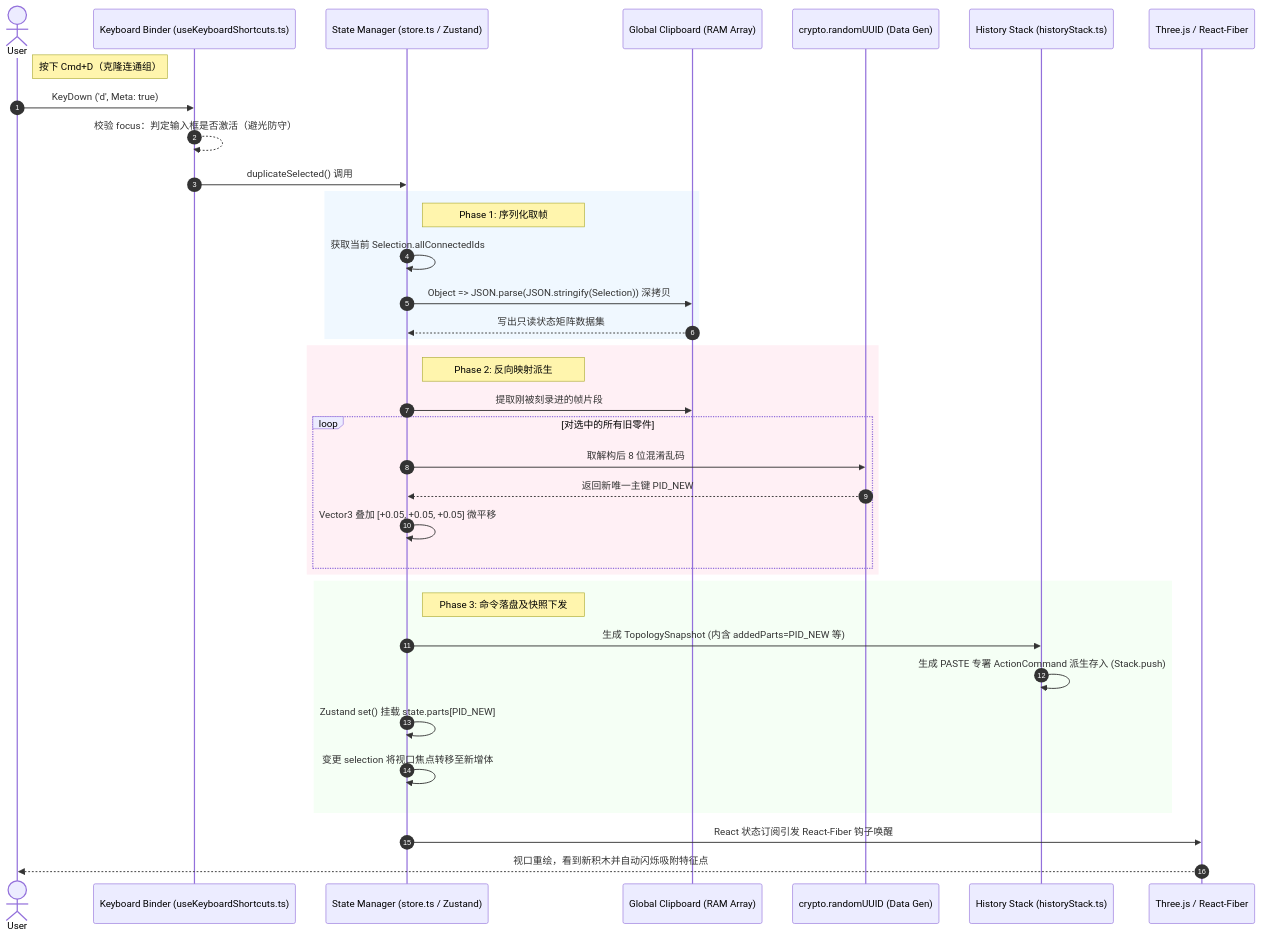
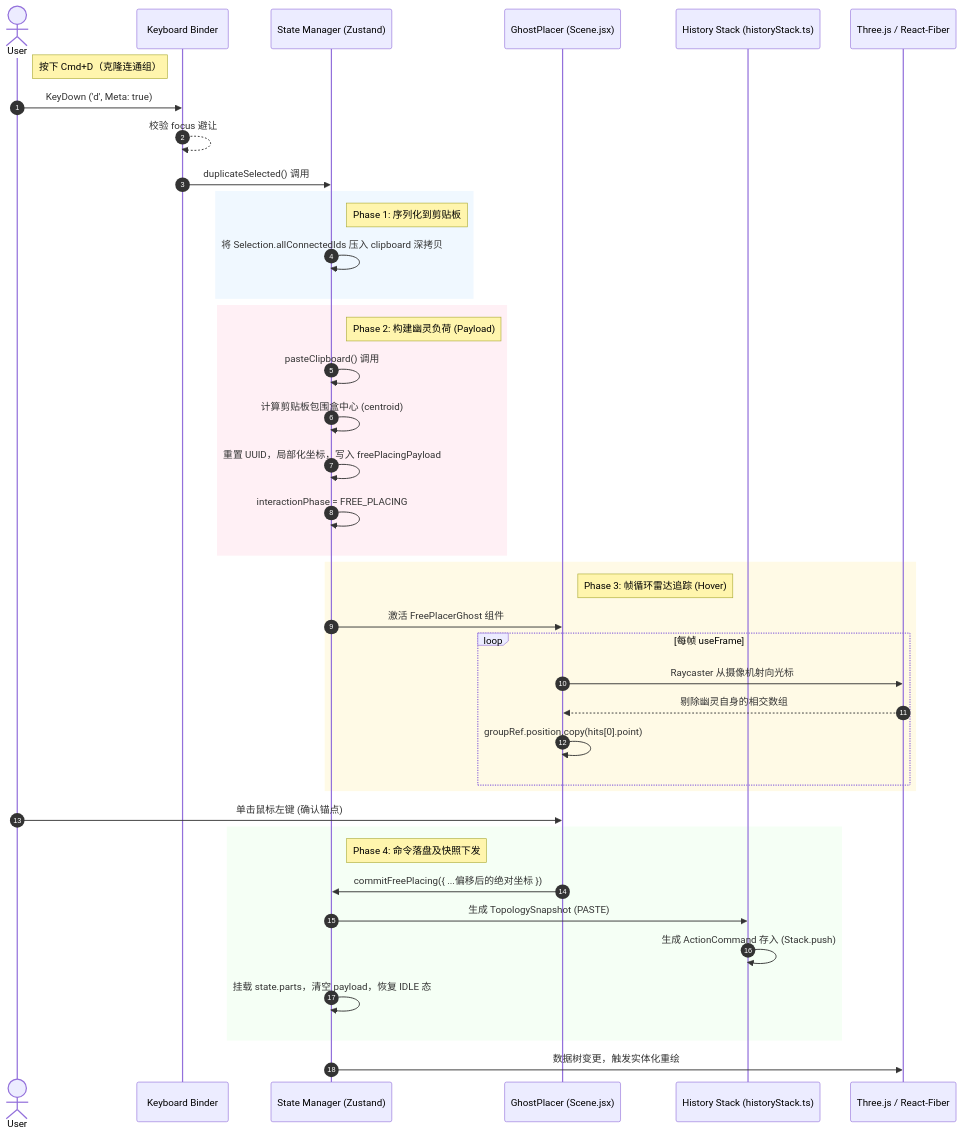
Before and after one commit to zhongchao-han/lego_cad_sim: the diagram in docs/EDITOR_DATA_FLOW.md, drawn with Mermaid. The commit also changed other lines of this file and 11 other files, not shown here.

Commit message:
feat(editor): implement Studio 2.0 interaction parity (multi-select, focus, alt-clone, ghost pasting)

````diff
--- a/docs/EDITOR_DATA_FLOW.md
+++ b/docs/EDITOR_DATA_FLOW.md
@@ -5,45 +5,51 @@
 ```mermaid
 sequenceDiagram
     autonumber
     actor User
-    participant Keyboard as Keyboard Binder (useKeyboardShortcuts.ts)
-    participant Store as State Manager (store.ts / Zustand)
-    participant Clipboard as Global Clipboard (RAM Array)
-    participant UUID as crypto.randomUUID (Data Gen)
+    participant Keyboard as Keyboard Binder
+    participant Store as State Manager (Zustand)
+    participant Scene as GhostPlacer (Scene.jsx)
     participant History as History Stack (historyStack.ts)
     participant Renderer as Three.js / React-Fiber
 
     note right of User: 按下 Cmd+D（克隆连通组）
     User->>Keyboard: KeyDown ('d', Meta: true)
     
-    Keyboard-->>Keyboard: 校验 focus：判定输入框是否激活（避光防守）
+    Keyboard-->>Keyboard: 校验 focus 避让
     Keyboard->>Store: duplicateSelected() 调用
     
     rect rgb(240, 248, 255)
-        note right of Store: Phase 1: 序列化取帧
-        Store->>Store: 获取当前 Selection.allConnectedIds
-        Store->>Clipboard: Object => JSON.parse(JSON.stringify(Selection)) 深拷贝
-        Clipboard-->>Store: 写出只读状态矩阵数据集
+        note right of Store: Phase 1: 序列化到剪贴板
+        Store->>Store: 将 Selection.allConnectedIds 压入 clipboard 深拷贝
     end
 
     rect rgb(255, 240, 245)
-        note right of Store: Phase 2: 反向映射派生
-        Store->>Clipboard: 提取刚被刻录进的帧片段
-        loop 对选中的所有旧零件
-            Store->>UUID: 取解构后 8 位混淆乱码
-            UUID-->>Store: 返回新唯一主键 PID_NEW
-            Store->>Store: Vector3 叠加 [+0.05, +0.05, +0.05] 微平移
+        note right of Store: Phase 2: 构建幽灵负荷 (Payload)
+        Store->>Store: pasteClipboard() 调用
+        Store->>Store: 计算剪贴板包围盒中心 (centroid)
+        Store->>Store: 重置 UUID，局部化坐标，写入 freePlacingPayload
+        Store->>Store: interactionPhase = FREE_PLACING
+    end
+
+    rect rgb(255, 250, 230)
+        note right of Scene: Phase 3: 帧循环雷达追踪 (Hover)
+        Store->>Scene: 激活 FreePlacerGhost 组件
+        loop 每帧 useFrame
+            Scene->>Renderer: Raycaster 从摄像机射向光标
+            Renderer-->>Scene: 剔除幽灵自身的相交数组
+            Scene->>Scene: groupRef.position.copy(hits[0].point)
         end
     end
 
+    User->>Scene: 单击鼠标左键 (确认锚点)
+    
     rect rgb(245, 255, 245)
-        note right of Store: Phase 3: 命令落盘及快照下发
-        Store->>History: 生成 TopologySnapshot (内含 addedParts=PID_NEW 等)
-        History->>History: 生成 PASTE 专署 ActionCommand 派生存入 (Stack.push)
-        Store->>Store: Zustand set() 挂载 state.parts[PID_NEW]
-        Store->>Store: 变更 selection 将视口焦点转移至新增体
+        note right of Store: Phase 4: 命令落盘及快照下发
+        Scene->>Store: commitFreePlacing({ ...偏移后的绝对坐标 })
+        Store->>History: 生成 TopologySnapshot (PASTE)
+        History->>History: 生成 ActionCommand 存入 (Stack.push)
+        Store->>Store: 挂载 state.parts，清空 payload，恢复 IDLE 态
     end
 
-    Store->>Renderer: React 状态订阅引发 React-Fiber 钩子唤醒
-    Renderer-->>User: 视口重绘，看到新积木并自动闪烁吸附特征点
+    Store->>Renderer: 数据树变更，触发实体化重绘
 ```
````
